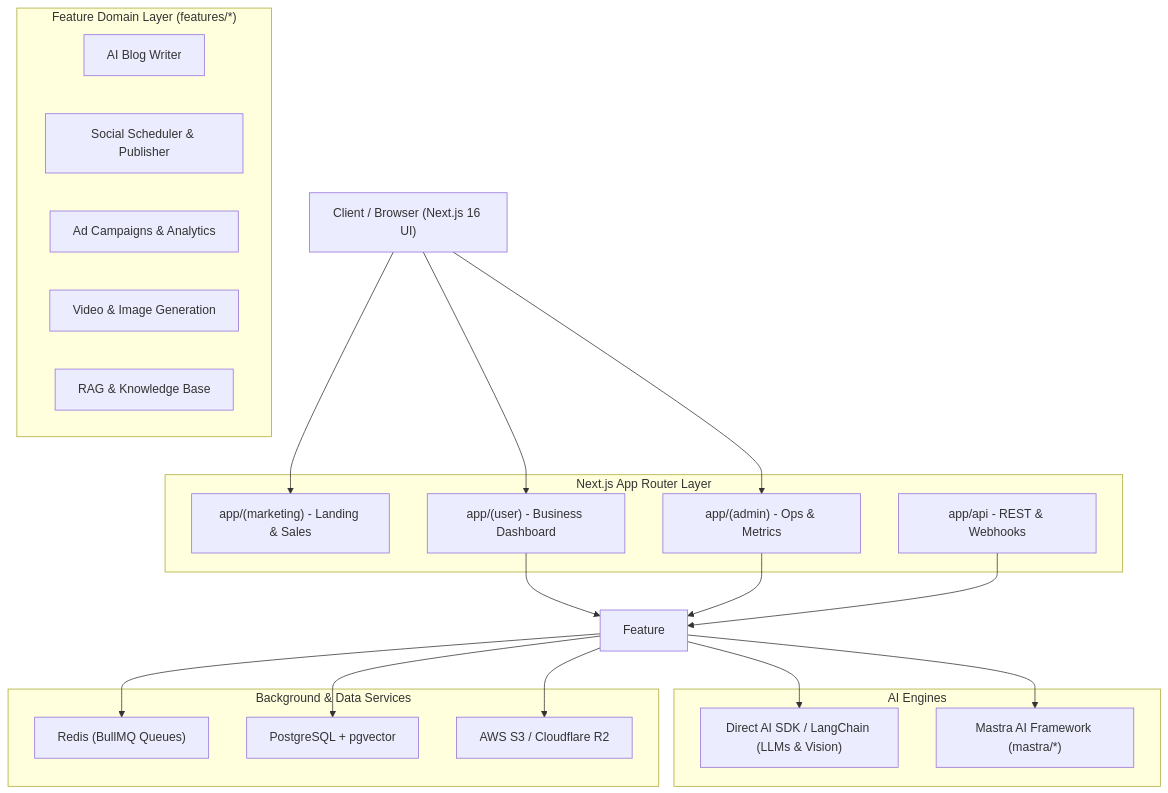
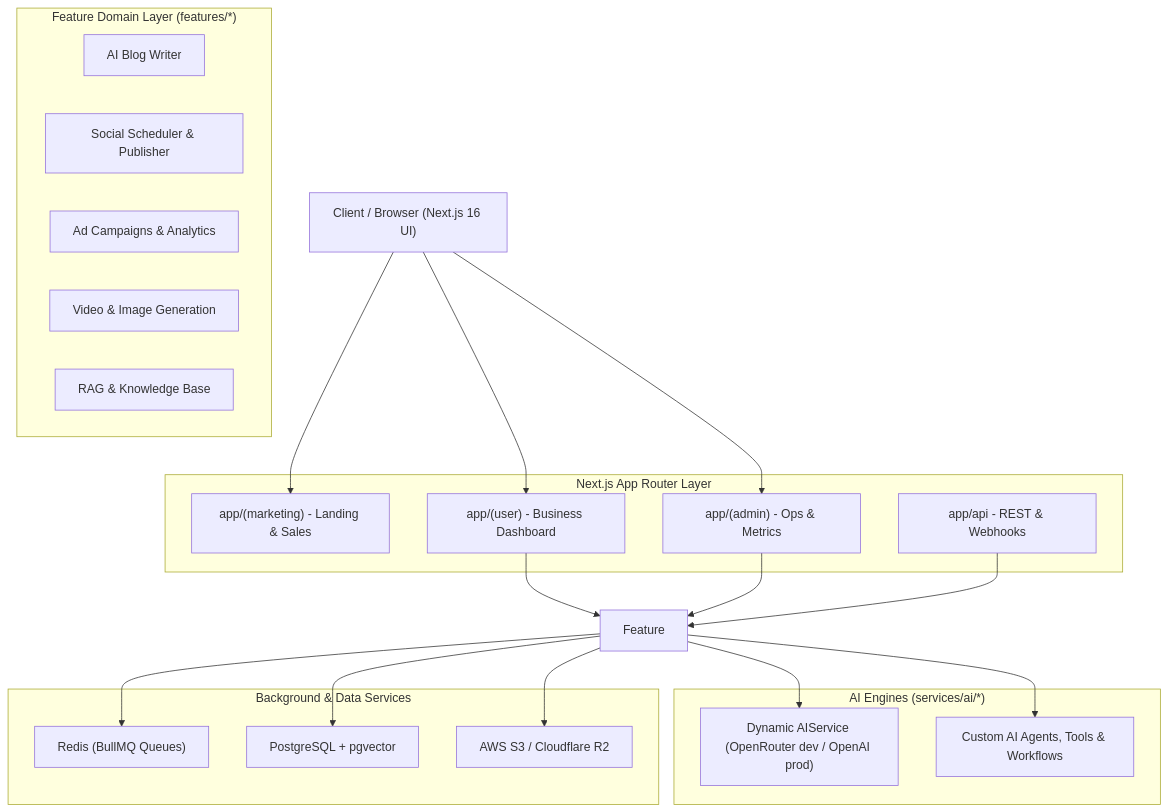
Before and after one commit to taha123618/AI-Social-Media-Automation: the diagram in .agents/skills/architecture-and-system-design/SKILL.md, drawn with Mermaid. The commit also changed other lines of this file and 119 other files, not shown here.

Commit message:
refactor: migrate AI agents, tools, and workflows from the mastra directory to a centralized services/ai architecture with comprehensive testing.

````diff
--- a/.agents/skills/architecture-and-system-design/SKILL.md
+++ b/.agents/skills/architecture-and-system-design/SKILL.md
@@ -14,44 +14,44 @@
 ```mermaid
 graph TD
     Client["Client / Browser (Next.js 16 UI)"]
     
     subgraph "Next.js App Router Layer"
         Marketing["app/(marketing) - Landing & Sales"]
         UserApp["app/(user) - Business Dashboard"]
         AdminApp["app/(admin) - Ops & Metrics"]
         API["app/api - REST & Webhooks"]
     end
     
     subgraph "Feature Domain Layer (features/*)"
         Blog["AI Blog Writer"]
         Social["Social Scheduler & Publisher"]
         Ads["Ad Campaigns & Analytics"]
         Video["Video & Image Generation"]
         Knowledge["RAG & Knowledge Base"]
     end
     
-    subgraph "AI Engines"
-        DirectAI["Direct AI SDK / LangChain (LLMs & Vision)"]
-        MastraEngine["Mastra AI Framework (mastra/*)"]
+    subgraph "AI Engines (services/ai/*)"
+        DirectAI["Dynamic AIService (OpenRouter dev / OpenAI prod)"]
+        CustomEngine["Custom AI Agents, Tools & Workflows"]
     end
     
     subgraph "Background & Data Services"
         Redis["Redis (BullMQ Queues)"]
         Postgres["PostgreSQL + pgvector"]
         S3["AWS S3 / Cloudflare R2"]
     end
     
     Client --> Marketing
     Client --> UserApp
     Client --> AdminApp
     
     UserApp --> Feature
     AdminApp --> Feature
     API --> Feature
     
     Feature --> DirectAI
-    Feature --> MastraEngine
+    Feature --> CustomEngine
     Feature --> Redis
     Feature --> Postgres
     Feature --> S3
 ```
````
